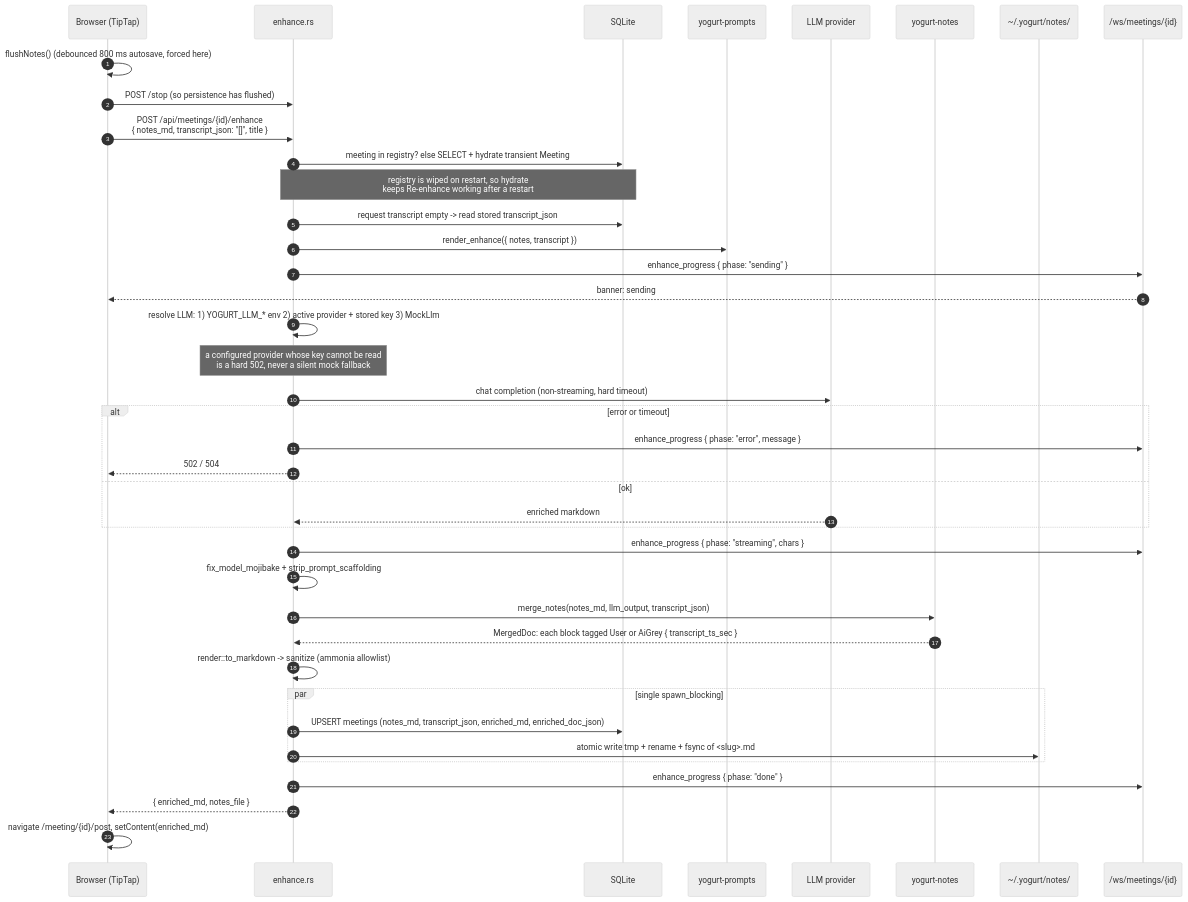
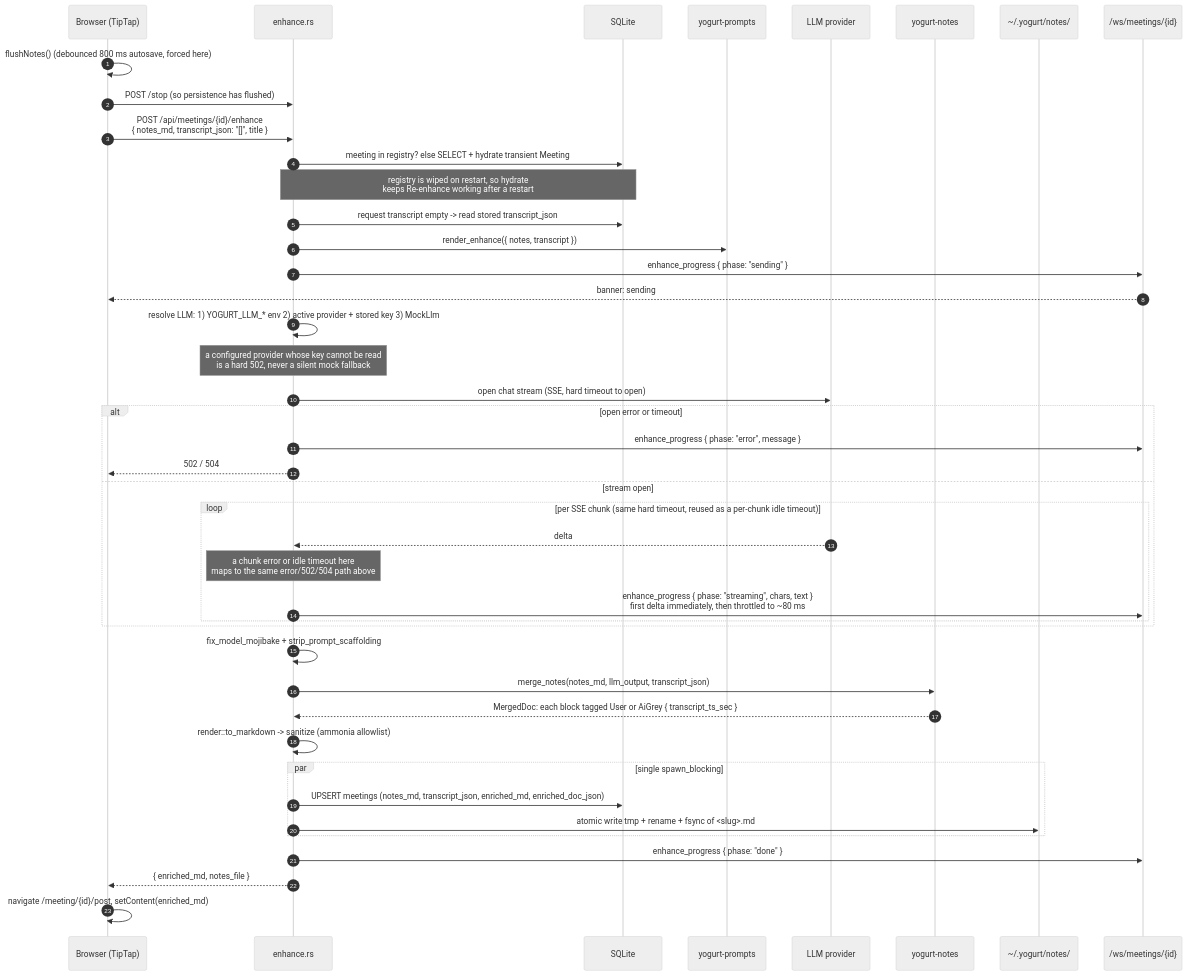
The fifth of 11 diagrams in docs/ARCHITECTURE.md (jarvisrchen/yogurt), drawn with Mermaid (neutral theme) before and after one commit. The commit also changed other lines of this file and 3 other files, not shown here.

First line of the commit message:
feat(enhance): stream LLM output as enhance_progress text snapshots

````diff
--- a/docs/ARCHITECTURE.md
+++ b/docs/ARCHITECTURE.md
@@ -311,46 +311,49 @@
 ```mermaid
 sequenceDiagram
     autonumber
     participant B as Browser (TipTap)
     participant E as enhance.rs
     participant DB as SQLite
     participant PR as yogurt-prompts
     participant L as LLM provider
     participant N as yogurt-notes
     participant FS as ~/.yogurt/notes/
     participant WS as /ws/meetings/{id}
 
     B->>B: flushNotes() (debounced 800 ms autosave, forced here)
     B->>E: POST /stop  (so persistence has flushed)
     B->>E: POST /api/meetings/{id}/enhance<br/>{ notes_md, transcript_json: "[]", title }
 
     E->>DB: meeting in registry?  else SELECT + hydrate transient Meeting
     Note over E,DB: registry is wiped on restart, so hydrate<br/>keeps Re-enhance working after a restart
     E->>DB: request transcript empty -> read stored transcript_json
     E->>PR: render_enhance({ notes, transcript })
     E->>WS: enhance_progress { phase: "sending" }
     WS-->>B: banner: sending
 
     E->>E: resolve LLM: 1) YOGURT_LLM_* env  2) active provider + stored key  3) MockLlm
     Note over E: a configured provider whose key cannot be read<br/>is a hard 502, never a silent mock fallback
-    E->>L: chat completion (non-streaming, hard timeout)
-    alt error or timeout
+    E->>L: open chat stream (SSE, hard timeout to open)
+    alt open error or timeout
         E->>WS: enhance_progress { phase: "error", message }
         E-->>B: 502 / 504
-    else ok
-        L-->>E: enriched markdown
+    else stream open
+        loop per SSE chunk (same hard timeout, reused as a per-chunk idle timeout)
+            L-->>E: delta
+            Note over E: a chunk error or idle timeout here<br/>maps to the same error/502/504 path above
+            E->>WS: enhance_progress { phase: "streaming", chars, text }<br/>first delta immediately, then throttled to ~80 ms
+        end
     end
-    E->>WS: enhance_progress { phase: "streaming", chars }
 
     E->>E: fix_model_mojibake + strip_prompt_scaffolding
     E->>N: merge_notes(notes_md, llm_output, transcript_json)
     N-->>E: MergedDoc: each block tagged User or AiGrey { transcript_ts_sec }
     E->>E: render::to_markdown -> sanitize (ammonia allowlist)
     par single spawn_blocking
         E->>DB: UPSERT meetings (notes_md, transcript_json, enriched_md, enriched_doc_json)
         E->>FS: atomic write tmp + rename + fsync of <slug>.md
     end
     E->>WS: enhance_progress { phase: "done" }
     E-->>B: { enriched_md, notes_file }
     B->>B: navigate /meeting/{id}/post, setContent(enriched_md)
 ```
````
